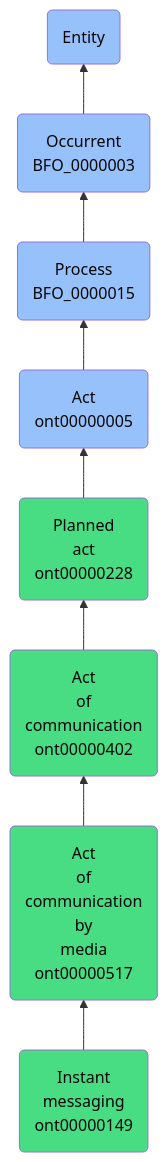
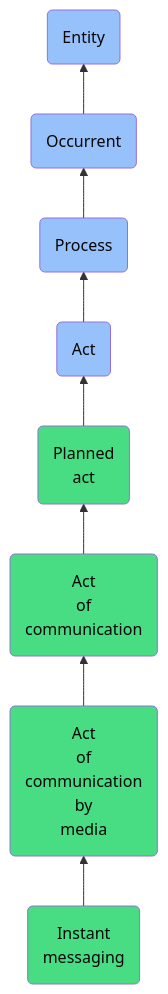
The diagram in docs/ontology/reference/model/Entity/Occurrent/Process/Act/Planned act/Act of communication/Act of communication by media/Instant messaging/Instant messaging.md (jupyter-naas/abi), drawn with Mermaid before and after one commit. The commit also changed other lines of this file and 1430 other files, not shown here.

````diff
--- a/docs/ontology/reference/model/Entity/Occurrent/Process/Act/Planned act/Act of communication/Act of communication by media/Instant messaging/Instant messaging.md
+++ b/docs/ontology/reference/model/Entity/Occurrent/Process/Act/Planned act/Act of communication/Act of communication by media/Instant messaging/Instant messaging.md
@@ -25,15 +25,15 @@
 ```mermaid
 graph BT
-    ont00000149(Instant<br>messaging<br>ont00000149):::ABI-->ont00000517
-    ont00000517(Act<br>of<br>communication<br>by<br>media<br>ont00000517):::ABI-->ont00000402
-    ont00000402(Act<br>of<br>communication<br>ont00000402):::ABI-->ont00000228
-    ont00000228(Planned<br>act<br>ont00000228):::ABI-->ont00000005
-    ont00000005(Act<br>ont00000005):::BFO-->BFO_0000015
-    BFO_0000015(Process<br>BFO_0000015):::BFO-->BFO_0000003
-    BFO_0000003(Occurrent<br>BFO_0000003):::BFO-->BFO_0000001
+    ont00000149(Instant<br>messaging):::ABI-->ont00000517
+    ont00000517(Act<br>of<br>communication<br>by<br>media):::ABI-->ont00000402
+    ont00000402(Act<br>of<br>communication):::ABI-->ont00000228
+    ont00000228(Planned<br>act):::ABI-->ont00000005
+    ont00000005(Act):::BFO-->BFO_0000015
+    BFO_0000015(Process):::BFO-->BFO_0000003
+    BFO_0000003(Occurrent):::BFO-->BFO_0000001
     BFO_0000001(Entity):::BFO
     
     classDef BFO fill:#97c1fb,color:#060606
     classDef CCO fill:#e4c51e,color:#060606
     classDef ABI fill:#48DD82,color:#060606
 ```
````
